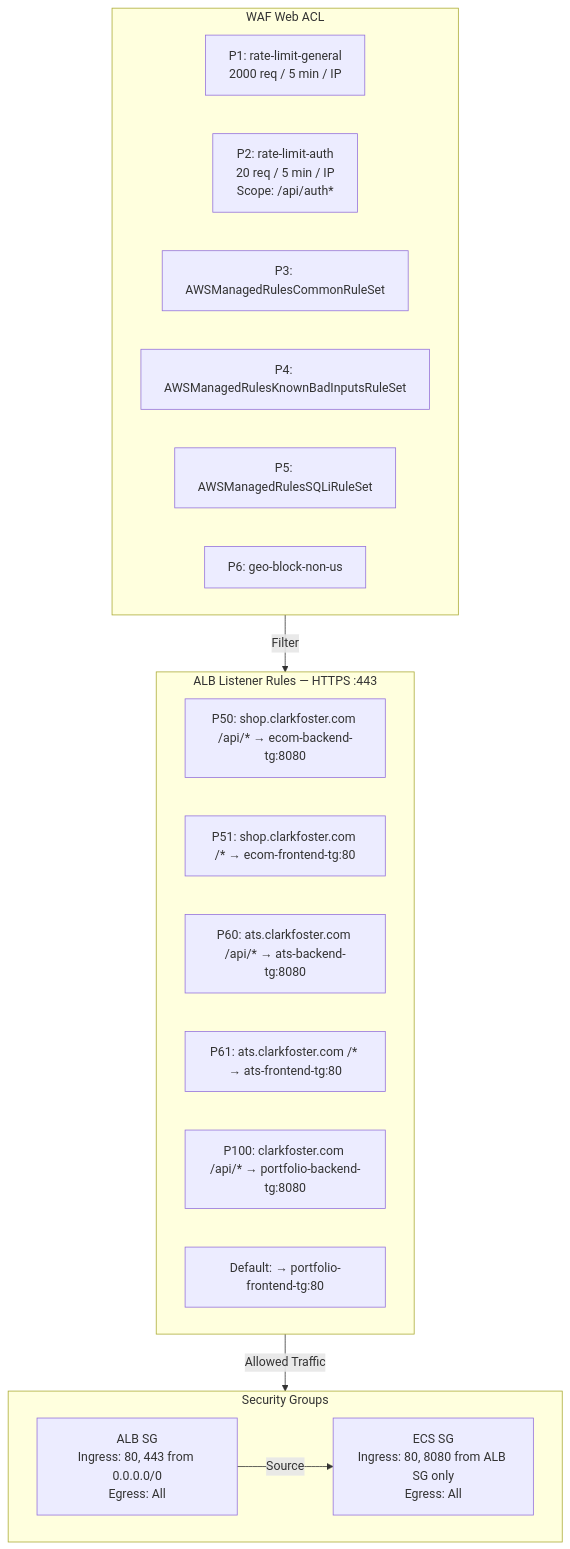
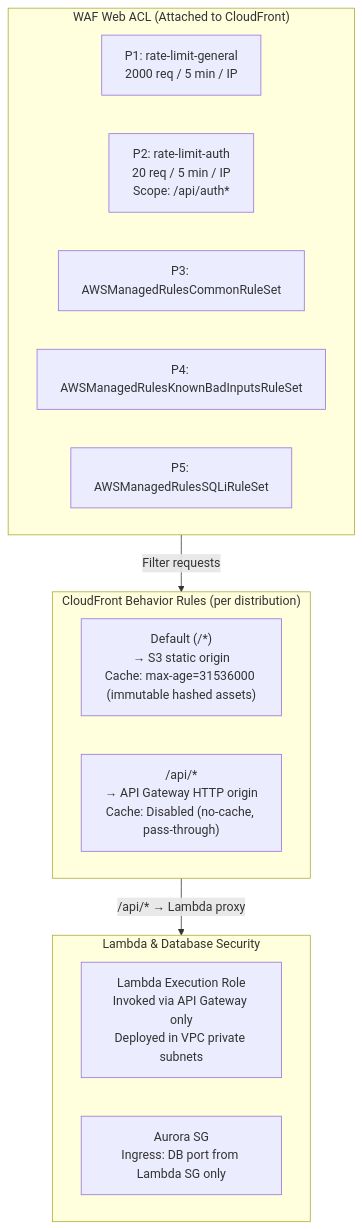
Before and after one commit to clark22134/MyPortfolioWebsite: diagram 11 of 13 in docs/ARCHITECTURE.md, drawn with Mermaid. The commit also changed other lines of this file and 96 other files, not shown here.

````diff
--- a/docs/ARCHITECTURE.md
+++ b/docs/ARCHITECTURE.md
@@ -647,29 +650,23 @@
 ```mermaid
 graph TB
-    subgraph WAF_Rules["WAF Web ACL"]
+    subgraph WAF_Rules["WAF Web ACL (Attached to CloudFront)"]
         R1["P1: rate-limit-general<br/>2000 req / 5 min / IP"]
         R2["P2: rate-limit-auth<br/>20 req / 5 min / IP<br/>Scope: /api/auth*"]
         R3["P3: AWSManagedRulesCommonRuleSet"]
         R4["P4: AWSManagedRulesKnownBadInputsRuleSet"]
         R5["P5: AWSManagedRulesSQLiRuleSet"]
-        R6["P6: geo-block-non-us"]
     end
 
-    subgraph ALB_Rules["ALB Listener Rules — HTTPS :443"]
-        L50["P50: shop.clarkfoster.com /api/* → ecom-backend-tg:8080"]
-        L51["P51: shop.clarkfoster.com /* → ecom-frontend-tg:80"]
-        L60["P60: ats.clarkfoster.com /api/* → ats-backend-tg:8080"]
-        L61["P61: ats.clarkfoster.com /* → ats-frontend-tg:80"]
-        L100["P100: clarkfoster.com /api/* → portfolio-backend-tg:8080"]
-        LDEF["Default: → portfolio-frontend-tg:80"]
+    subgraph CF_Behaviors["CloudFront Behavior Rules (per distribution)"]
+        B1["Default (/*)<br/>→ S3 static origin<br/>Cache: max-age=31536000 (immutable hashed assets)"]
+        B2["/api/*<br/>→ API Gateway HTTP origin<br/>Cache: Disabled (no-cache, pass-through)"]
     end
 
-    subgraph SG["Security Groups"]
-        ALB_SG["ALB SG<br/>Ingress: 80, 443 from 0.0.0.0/0<br/>Egress: All"]
-        ECS_SG["ECS SG<br/>Ingress: 80, 8080 from ALB SG only<br/>Egress: All"]
+    subgraph LambdaSG["Lambda & Database Security"]
+        L_ROLE["Lambda Execution Role<br/>Invoked via API Gateway only<br/>Deployed in VPC private subnets"]
+        DB_SG["Aurora SG<br/>Ingress: DB port from Lambda SG only"]
     end
 
-    WAF_Rules -->|Filter| ALB_Rules
-    ALB_Rules -->|Allowed Traffic| SG
-    ALB_SG -->|Source| ECS_SG
+    WAF_Rules -->|Filter requests| CF_Behaviors
+    CF_Behaviors -->|/api/* → Lambda proxy| LambdaSG
 ```
````
